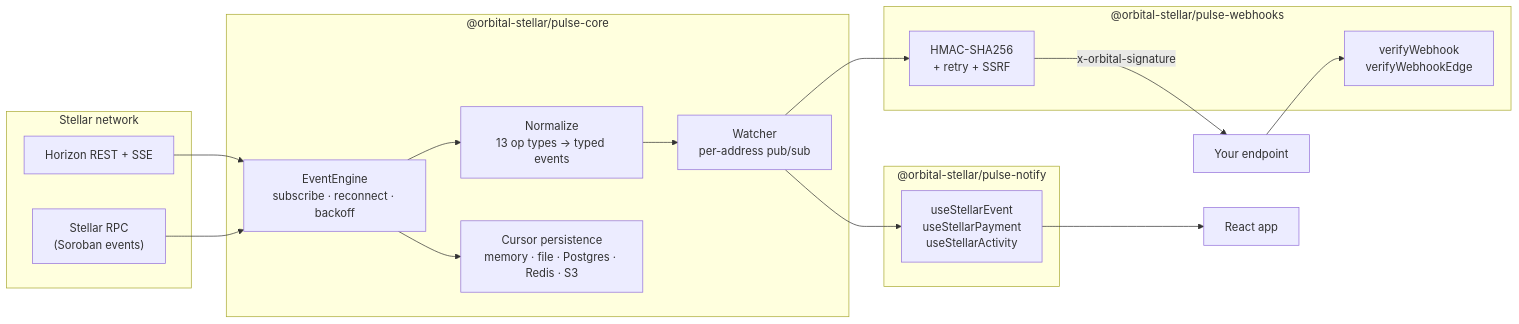
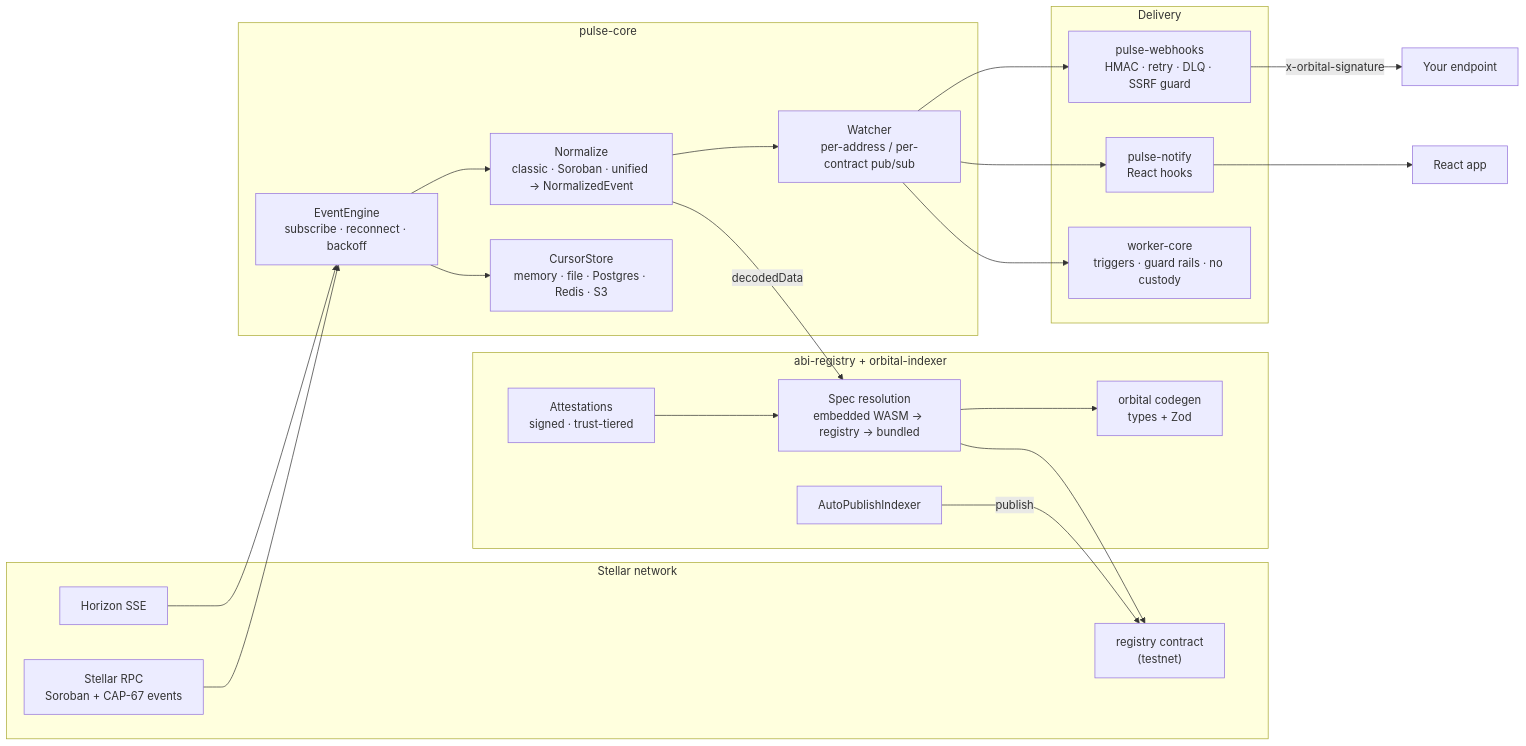
The diagram in README.md (orbital-stellar/orbital_stellar), drawn with Mermaid before and after one commit. The commit also changed other lines of this file and 4 other files, not shown here.

First line of the commit message:
docs: bring README, roadmap and status docs in line with the code

````diff
--- a/README.md
+++ b/README.md
@@ -198,33 +274,41 @@
 ```mermaid
 flowchart LR
   subgraph Stellar["Stellar network"]
-    Horizon["Horizon REST + SSE"]
-    RPC["Stellar RPC<br/>(Soroban events)"]
+    Horizon["Horizon SSE"]
+    RPC["Stellar RPC<br/>Soroban + CAP-67 events"]
+    Registry["registry contract<br/>(testnet)"]
   end
 
-  subgraph Core["@orbital-stellar/pulse-core"]
+  subgraph Core["pulse-core"]
     Engine["EventEngine<br/>subscribe · reconnect · backoff"]
-    Watcher["Watcher<br/>per-address pub/sub"]
-    Normalize["Normalize<br/>13 op types → typed events"]
-    Cursor["Cursor persistence<br/>memory · file · Postgres · Redis · S3"]
+    Normalize["Normalize<br/>classic · Soroban · unified → NormalizedEvent"]
+    Watcher["Watcher<br/>per-address / per-contract pub/sub"]
+    Cursor["CursorStore<br/>memory · file · Postgres · Redis · S3"]
   end
 
-  subgraph Webhooks["@orbital-stellar/pulse-webhooks"]
-    Sign["HMAC-SHA256<br/>+ retry + SSRF"]
-    Verify["verifyWebhook<br/>verifyWebhookEdge"]
+  subgraph ABI["abi-registry + orbital-indexer"]
+    Resolve["Spec resolution<br/>embedded WASM → registry → bundled"]
+    Attest["Attestations<br/>signed · trust-tiered"]
+    Codegen["orbital codegen<br/>types + Zod"]
+    Indexer["AutoPublishIndexer"]
   end
 
-  subgraph Notify["@orbital-stellar/pulse-notify"]
-    Hooks["useStellarEvent<br/>useStellarPayment<br/>useStellarActivity"]
+  subgraph Out["Delivery"]
+    Webhooks["pulse-webhooks<br/>HMAC · retry · DLQ · SSRF guard"]
+    Hooks["pulse-notify<br/>React hooks"]
+    Workers["worker-core<br/>triggers · guard rails · no custody"]
   end
 
   Horizon --> Engine
   RPC --> Engine
   Engine --> Normalize --> Watcher
   Engine --> Cursor
-  Watcher --> Sign
-  Watcher --> Hooks
-  Sign -->|x-orbital-signature| YourBackend["Your endpoint"]
-  YourBackend --> Verify
-  Hooks --> Browser["React app"]
+  Normalize -->|decodedData| Resolve
+  Resolve --> Registry
+  Attest --> Resolve
+  Indexer -->|publish| Registry
+  Resolve --> Codegen
+  Watcher --> Webhooks -->|x-orbital-signature| YourBackend["Your endpoint"]
+  Watcher --> Hooks --> Browser["React app"]
+  Watcher --> Workers
 ```
````
